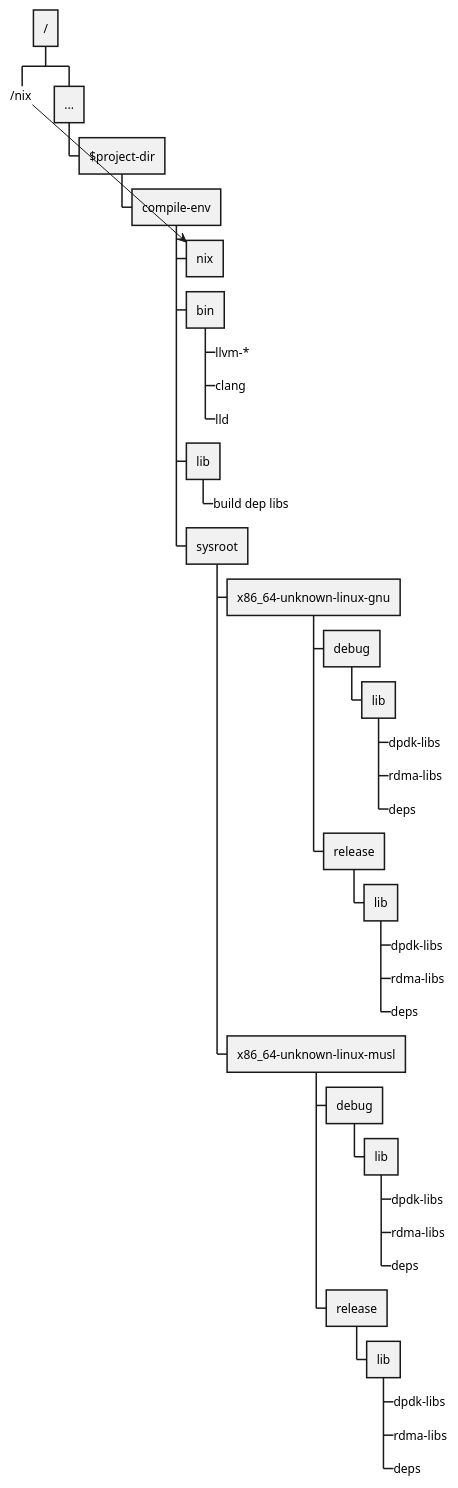
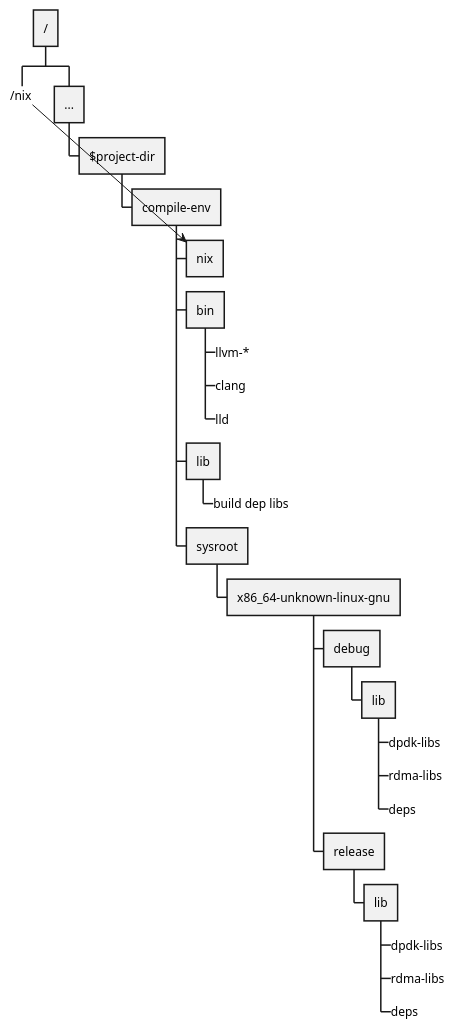
One commit to githedgehog/dataplane changed the diagram in design-docs/src/mdbook/src/build/fake-nix.md. Above: the diagram before and after it, drawn with PlantUML. The commit also changed 7 other files, not shown here.

````diff
--- a/design-docs/src/mdbook/src/build/fake-nix.md
+++ b/design-docs/src/mdbook/src/build/fake-nix.md
@@ -23,41 +23,30 @@
 ```puml
 @startwbs
 !pragma toez true
 * /
 **_ "/nix" as nix_sym
 ** ...
 *** $project-dir
 **** compile-env
 ***** "nix" as nix
 ***** bin
 ******_ llvm-*
 ******_ clang
 ******_ lld
 ***** lib
 ******_ build dep libs
 ***** sysroot
 ****** x86_64-unknown-linux-gnu
 ******* debug
 ******** lib
 *********_ dpdk-libs
 *********_ rdma-libs
 *********_ deps
 ******* release
 ******** lib
 *********_ dpdk-libs
 *********_ rdma-libs
 *********_ deps
-****** x86_64-unknown-linux-musl
-******* debug
-******** lib
-*********_ dpdk-libs
-*********_ rdma-libs
-*********_ deps
-******* release
-******** lib
-*********_ dpdk-libs
-*********_ rdma-libs
-*********_ deps
 nix_sym -> nix
 @endwbs
 ```
````
